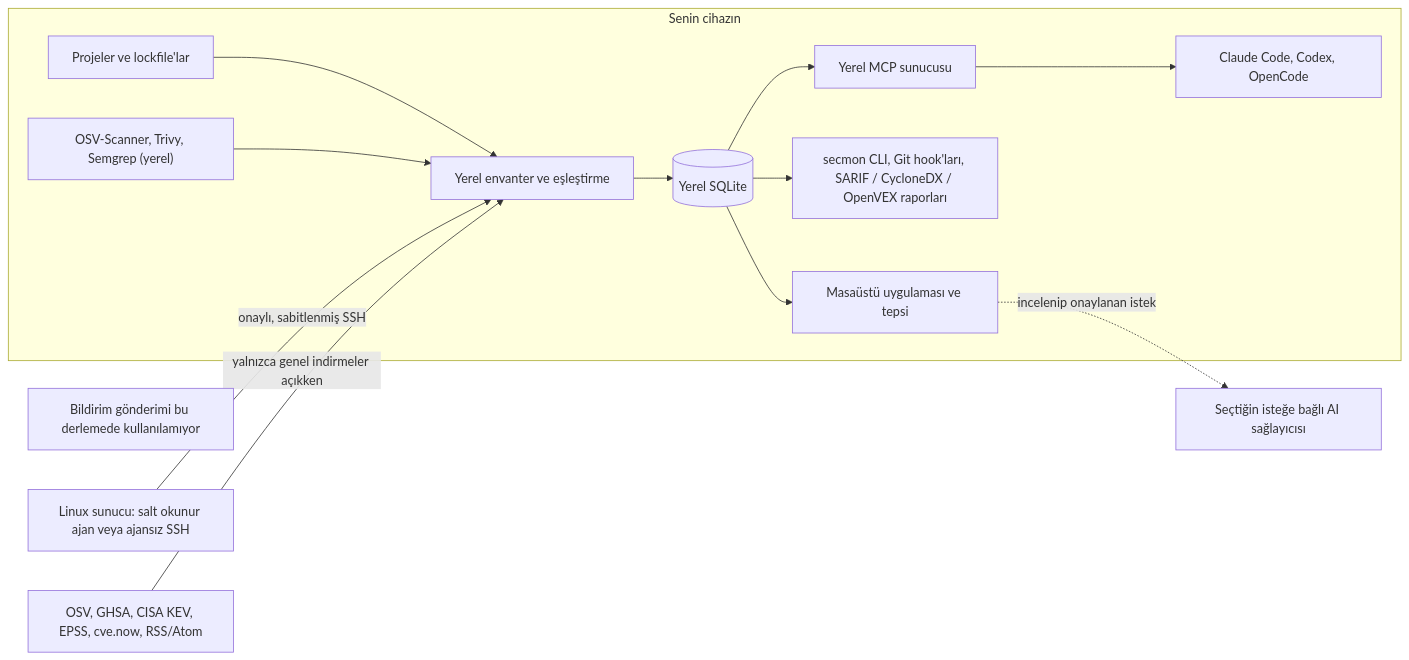
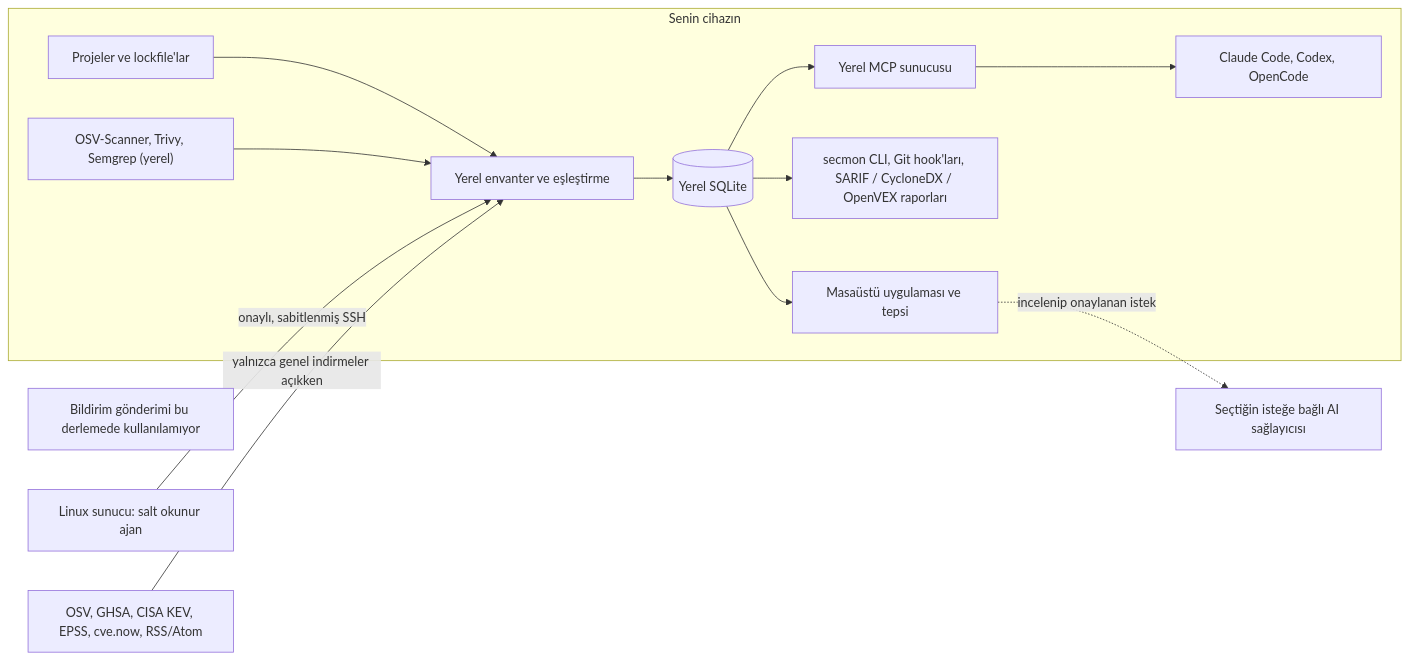
The diagram in README.tr.md (umitaltinozzz/security-monitor), drawn with Mermaid before and after one commit. The commit also changed other lines of this file and 3 other files, not shown here.

````diff
--- a/README.tr.md
+++ b/README.tr.md
@@ -55,16 +55,16 @@
 ```mermaid
 flowchart LR
   subgraph Device["Senin cihazın"]
     Repo["Projeler ve lockfile'lar"] --> Engine["Yerel envanter ve eşleştirme"]
     Scanners["OSV-Scanner, Trivy, Semgrep (yerel)"] --> Engine
     Engine --> Store[("Yerel SQLite")]
     Store --> Desktop["Masaüstü uygulaması ve tepsi"]
     Store --> CLI["secmon CLI, Git hook'ları, SARIF / CycloneDX / OpenVEX raporları"]
     Store --> MCP["Yerel MCP sunucusu"]
     MCP --> Agents["Claude Code, Codex, OpenCode"]
   end
-  Server["Linux sunucu: salt okunur ajan veya ajansız SSH"] -- "onaylı, sabitlenmiş SSH" --> Engine
+  Server["Linux sunucu: salt okunur ajan"] -- "onaylı, sabitlenmiş SSH" --> Engine
   Feeds["OSV, GHSA, CISA KEV, EPSS, cve.now, RSS/Atom"] -- "yalnızca genel indirmeler açıkken" --> Engine
   Desktop -. "incelenip onaylanan istek" .-> AI["Seçtiğin isteğe bağlı AI sağlayıcısı"]
   Notify["Bildirim gönderimi bu derlemede kullanılamıyor"]
 ```
````
